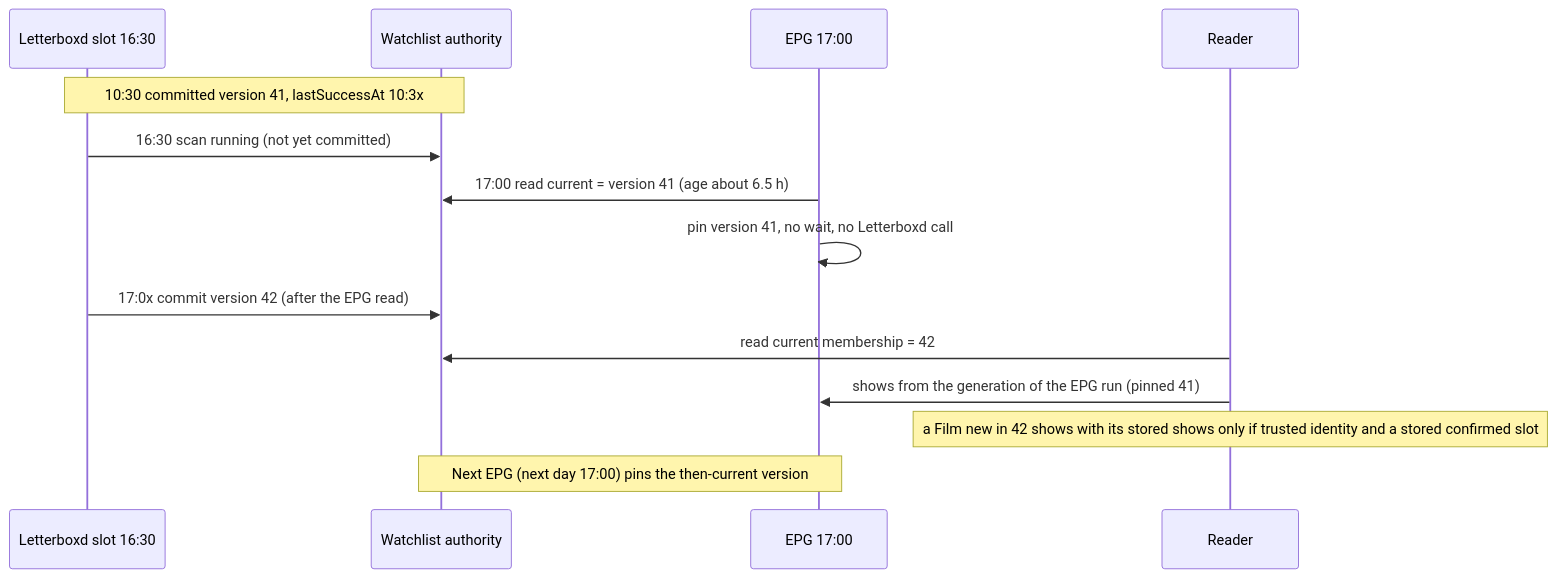
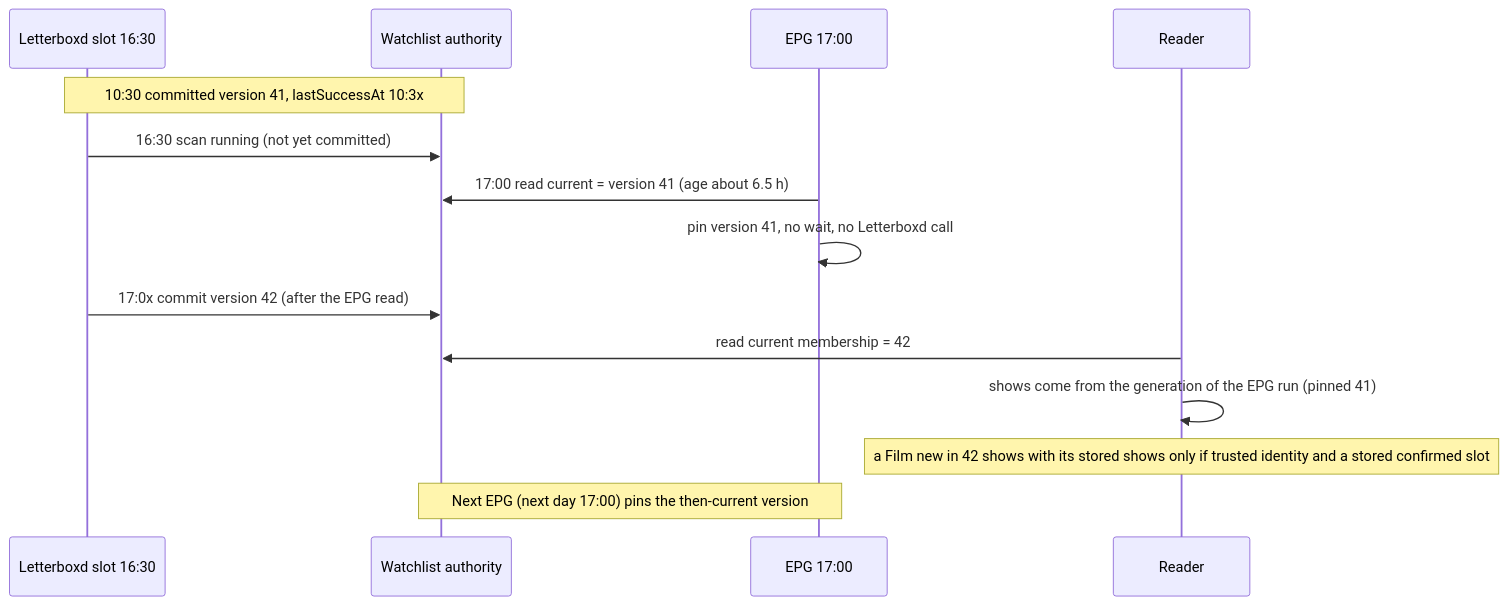
One commit to vladimino/iptv-watchlist changed the second of 2 diagrams in docs/adr/0186-letterboxd-sync-and-independent-watchlist-authority.md. Above: the diagram before and after it, drawn with Mermaid. The commit also changed other lines of this file and 6 other files, not shown here.

First line of the commit message:
AIR-568: address review of ADR 0186 (durable effects journal, attempt-isolated staging, ADR 0177 pairing, pending-admission ledger, diagram semantics)

````diff
--- a/docs/adr/0186-letterboxd-sync-and-independent-watchlist-authority.md
+++ b/docs/adr/0186-letterboxd-sync-and-independent-watchlist-authority.md
@@ -125,16 +142,16 @@
 ```mermaid
 sequenceDiagram
     participant S as Letterboxd slot 16:30
     participant A as Watchlist authority
     participant E as EPG 17:00
     participant R as Reader
     Note over S,A: 10:30 committed version 41, lastSuccessAt 10:3x
     S->>A: 16:30 scan running (not yet committed)
     E->>A: 17:00 read current = version 41 (age about 6.5 h)
     E->>E: pin version 41, no wait, no Letterboxd call
     S->>A: 17:0x commit version 42 (after the EPG read)
     R->>A: read current membership = 42
-    R->>E: shows from the generation of the EPG run (pinned 41)
+    R->>R: shows come from the generation of the EPG run (pinned 41)
     Note over R: a Film new in 42 shows with its stored shows only if trusted identity and a stored confirmed slot
     Note over E,A: Next EPG (next day 17:00) pins the then-current version
 ```
````
